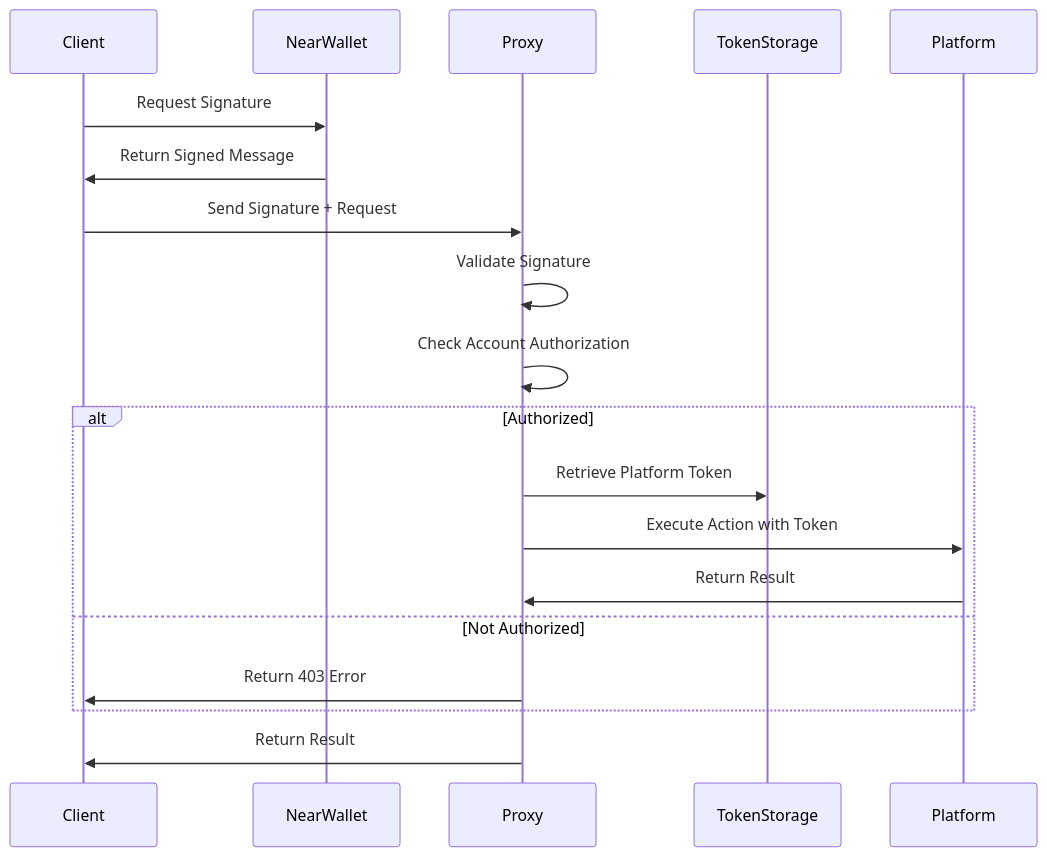
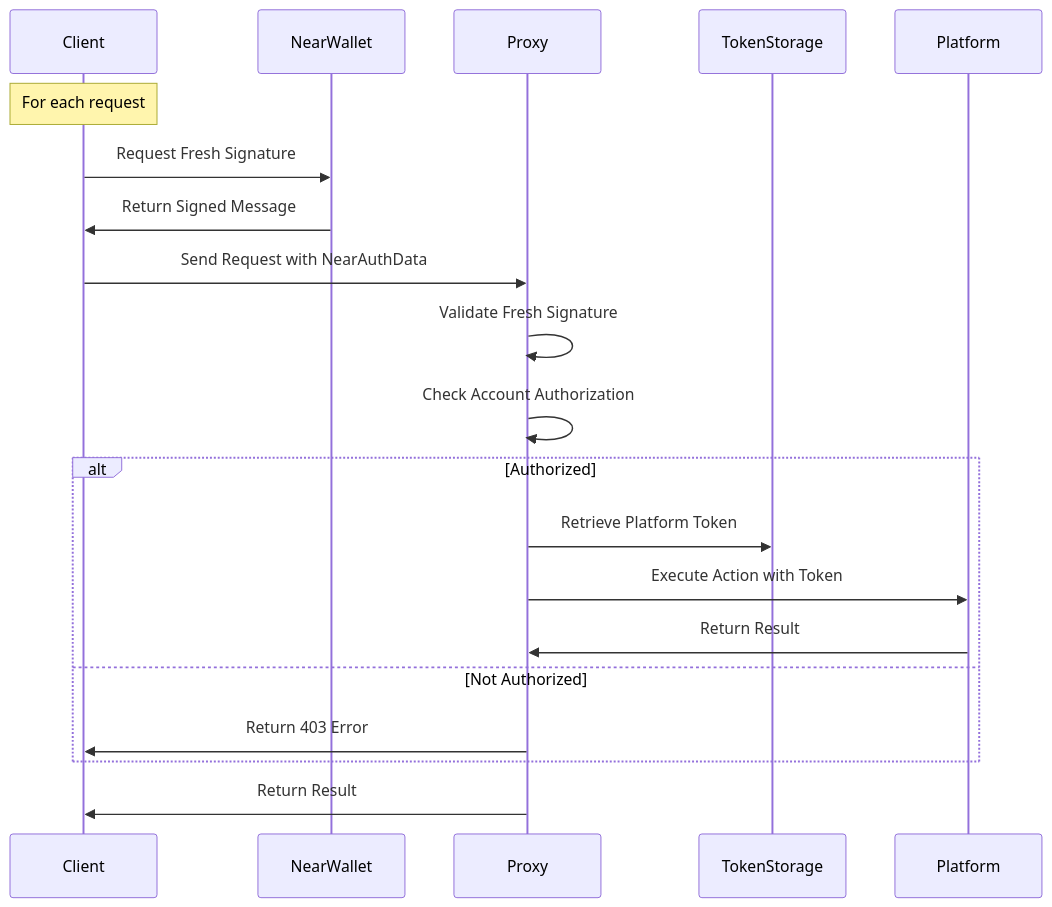
Before and after one commit to open-crosspost/open-crosspost-proxy-service: the second of 5 diagrams in memory-bank/systemPatterns.md, drawn with Mermaid. The commit also changed other lines of this file and 16 other files, not shown here.

````diff
--- a/memory-bank/systemPatterns.md
+++ b/memory-bank/systemPatterns.md
@@ -49,22 +49,23 @@
 ```mermaid
 sequenceDiagram
     participant Client
     participant NearWallet
     participant Proxy
     participant TokenStorage
     participant Platform
     
-    Client->>NearWallet: Request Signature
+    Note over Client: For each request
+    Client->>NearWallet: Request Fresh Signature
     NearWallet->>Client: Return Signed Message
-    Client->>Proxy: Send Signature + Request
-    Proxy->>Proxy: Validate Signature
+    Client->>Proxy: Send Request with NearAuthData
+    Proxy->>Proxy: Validate Fresh Signature
     Proxy->>Proxy: Check Account Authorization
     alt Authorized
       Proxy->>TokenStorage: Retrieve Platform Token
       Proxy->>Platform: Execute Action with Token
       Platform->>Proxy: Return Result
     else Not Authorized
       Proxy->>Client: Return 403 Error
     end
     Proxy->>Client: Return Result
 ```
````
